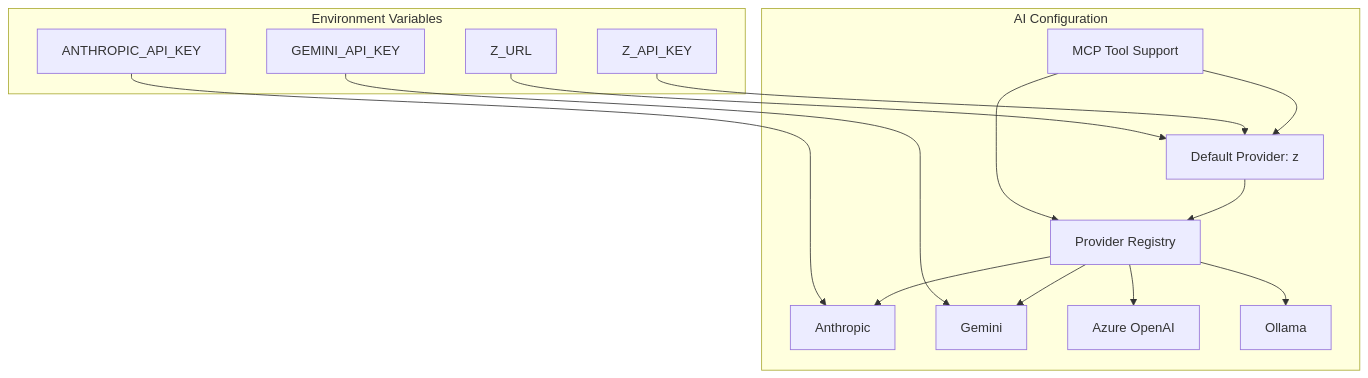
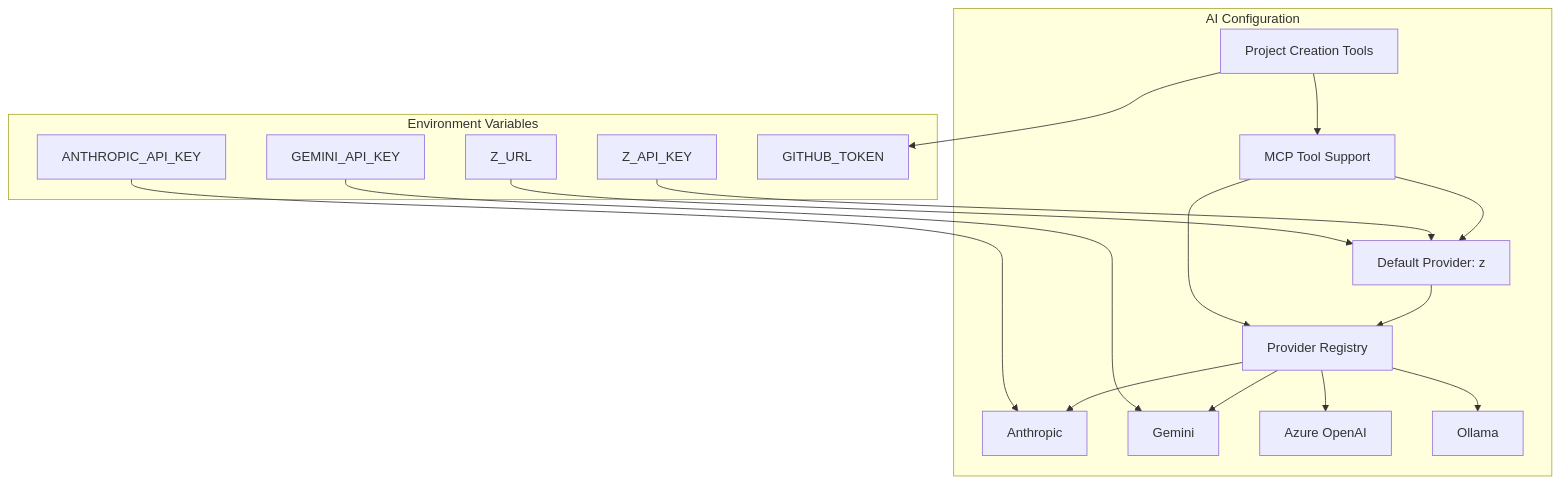
Before and after one commit to siimliimand/laravel-assistant: diagram 20 of 25 in .qoder/repowiki/en/content/AI Integration System/Agent System/DevBot AI Agent System.md, drawn with Mermaid. The commit also changed other lines of this file and 3 other files, not shown here.

First line of the commit message:
feat(devbot): add comprehensive project creation capabilities and expand MCP tool suite

````diff
--- a/.qoder/repowiki/en/content/AI Integration System/Agent System/DevBot AI Agent System.md
+++ b/.qoder/repowiki/en/content/AI Integration System/Agent System/DevBot AI Agent System.md
@@ -624,29 +946,33 @@
 ```mermaid
 graph TB
 subgraph "AI Configuration"
 Default[Default Provider: z]
 Providers[Provider Registry]
 Anthropic[Anthropic]
 Gemini[Gemini]
 Azure[Azure OpenAI]
 Ollama[Ollama]
 MCP[MCP Tool Support]
+Projects[Project Creation Tools]
 end
 subgraph "Environment Variables"
 ZKey[Z_API_KEY]
 ZURL[Z_URL]
 AnthKey[ANTHROPIC_API_KEY]
 GeminiKey[GEMINI_API_KEY]
+GitHubToken[GITHUB_TOKEN]
 end
 Default --> Providers
 Providers --> Anthropic
 Providers --> Gemini
 Providers --> Azure
 Providers --> Ollama
 MCP --> Default
 MCP --> Providers
+Projects --> MCP
+Projects --> GitHubToken
 ZKey --> Default
 ZURL --> Default
 AnthKey --> Anthropic
 GeminiKey --> Gemini
 ```
````
